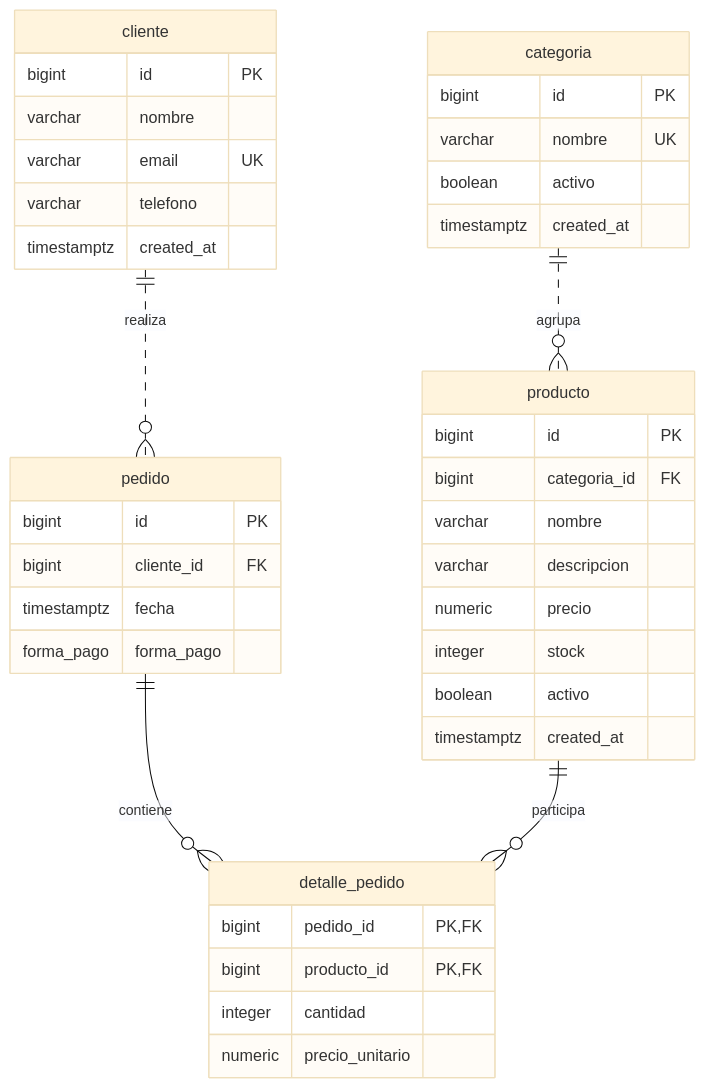
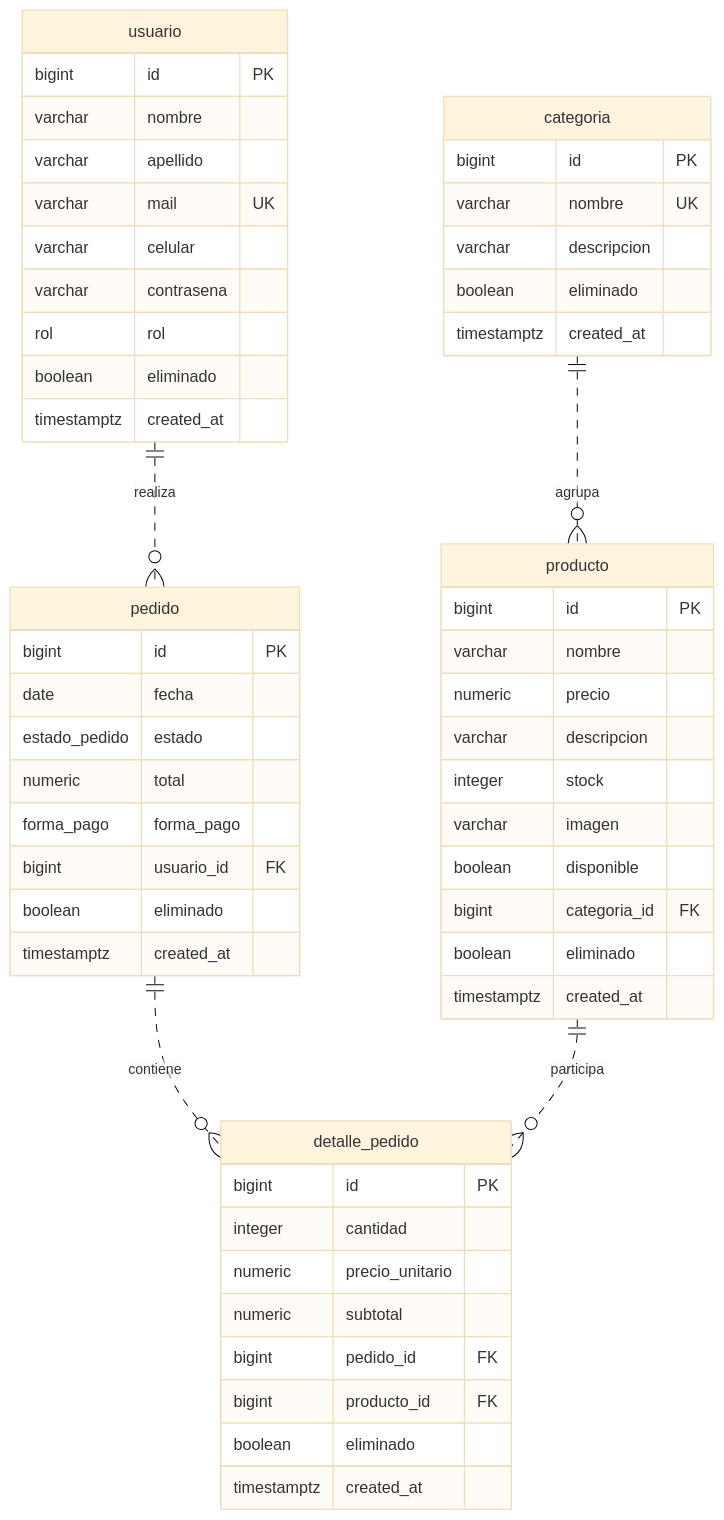
Before and after one commit to ismaelsuarez/foodstore_baseII: the diagram in tpi/modelo/modelo_er.md, drawn with Mermaid (base theme). The commit also changed other lines of this file and 15 other files, not shown here.

````diff
--- a/tpi/modelo/modelo_er.md
+++ b/tpi/modelo/modelo_er.md
@@ -9,43 +9,58 @@
 ```mermaid
 erDiagram
     categoria ||..o{ producto : agrupa
-    cliente ||..o{ pedido : realiza
-    pedido ||--o{ detalle_pedido : contiene
-    producto ||--o{ detalle_pedido : participa
+    usuario ||..o{ pedido : realiza
+    pedido ||..o{ detalle_pedido : contiene
+    producto ||..o{ detalle_pedido : participa
 
     categoria {
         bigint id PK
         varchar nombre UK
-        boolean activo
+        varchar descripcion
+        boolean eliminado
         timestamptz created_at
     }
-    cliente {
+    usuario {
         bigint id PK
         varchar nombre
-        varchar email UK
-        varchar telefono
+        varchar apellido
+        varchar mail UK
+        varchar celular
+        varchar contrasena
+        rol rol
+        boolean eliminado
         timestamptz created_at
     }
     producto {
         bigint id PK
+        varchar nombre
+        numeric precio
+        varchar descripcion
+        integer stock
+        varchar imagen
+        boolean disponible
         bigint categoria_id FK
-        varchar nombre
-        varchar descripcion
-        numeric precio
-        integer stock
-        boolean activo
+        boolean eliminado
         timestamptz created_at
     }
     pedido {
         bigint id PK
-        bigint cliente_id FK
-        timestamptz fecha
+        date fecha
+        estado_pedido estado
+        numeric total
         forma_pago forma_pago
+        bigint usuario_id FK
+        boolean eliminado
+        timestamptz created_at
     }
     detalle_pedido {
-        bigint pedido_id PK, FK
-        bigint producto_id PK, FK
+        bigint id PK
         integer cantidad
         numeric precio_unitario
+        numeric subtotal
+        bigint pedido_id FK
+        bigint producto_id FK
+        boolean eliminado
+        timestamptz created_at
     }
 ```
````
